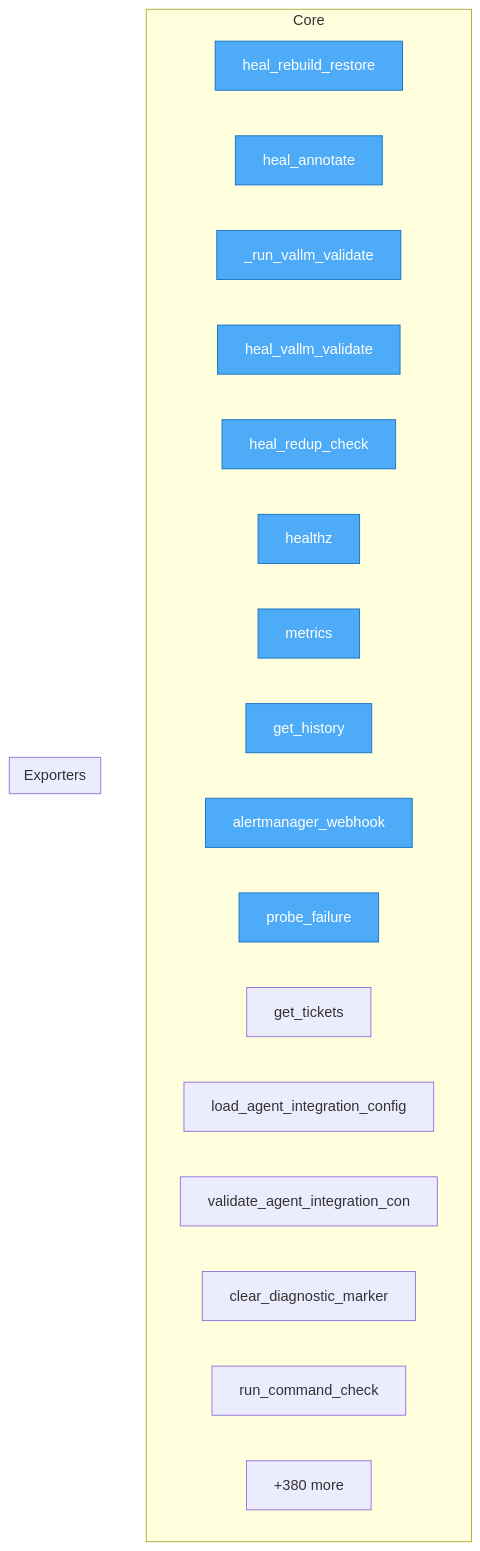
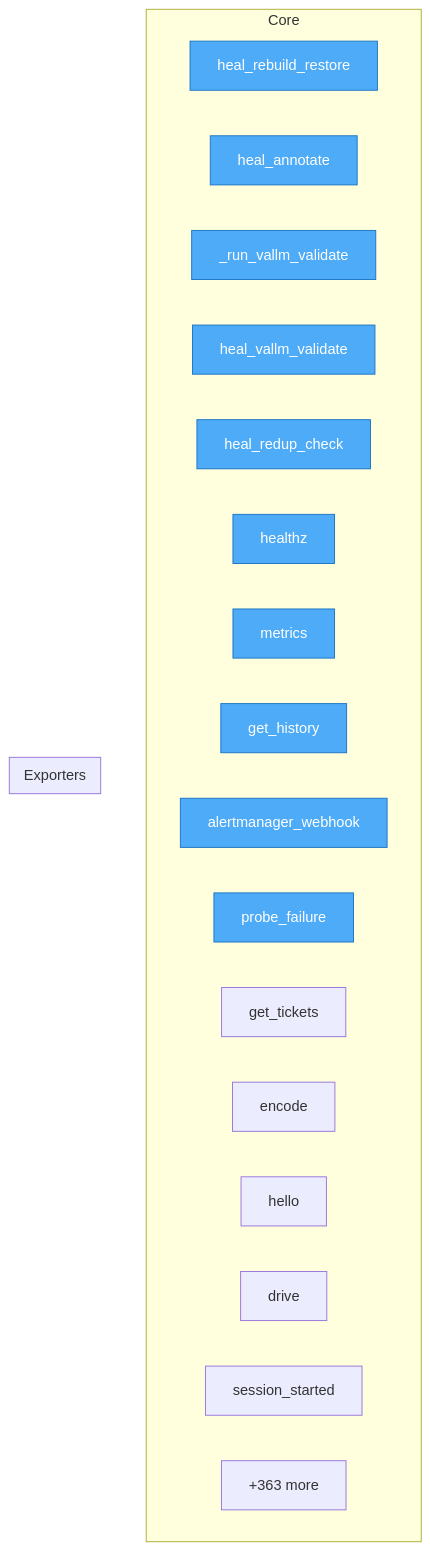
Before and after one commit to semcod/koru: the diagram in project/flow.mmd, drawn with Mermaid. The commit also changed 33 other files, not shown here.

```diff
--- a/project/flow.mmd
+++ b/project/flow.mmd
@@ -1,29 +1,29 @@
 flowchart TD
 %% generated in 0.02s
 
     %% Entry points (blue)
     classDef entry fill:#4dabf7,stroke:#1971c2,color:#fff
 
     subgraph Core
         services__healing_webhook__app__heal_rebuild_restore["heal_rebuild_restore"]
         services__healing_webhook__app__heal_annotate["heal_annotate"]
         services__healing_webhook__app___run_vallm_validate["_run_vallm_validate"]
         services__healing_webhook__app__heal_vallm_validate["heal_vallm_validate"]
         services__healing_webhook__app__heal_redup_check["heal_redup_check"]
         services__healing_webhook__app__healthz["healthz"]
         services__healing_webhook__app__metrics["metrics"]
         services__healing_webhook__app__get_history["get_history"]
         services__healing_webhook__app__alertmanager_webhook["alertmanager_webhook"]
         services__healing_webhook__app__probe_failure["probe_failure"]
         services__healing_webhook__app__get_tickets["get_tickets"]
-        src__koru__agent_backends__load_agent_integration_config["load_agent_integration_config"]
-        src__koru__agent_backends__validate_agent_integration_config["validate_agent_integration_con"]
-        src__koru__autonomous_diagnostics__clear_diagnostic_marker["clear_diagnostic_marker"]
-        src__koru__autonomous_diagnostics__run_command_check["run_command_check"]
-        ...["+380 more"]
+        src__koruide__protocol__Message__encode["encode"]
+        src__koruide__protocol__hello["hello"]
+        src__koruide__protocol__drive["drive"]
+        src__koruide__protocol__session_started["session_started"]
+        ...["+363 more"]
     end
 
     subgraph Exporters
     end
 
     class services__healing_webhook__app__heal_rebuild_restore,services__healing_webhook__app__heal_annotate,services__healing_webhook__app___run_vallm_validate,services__healing_webhook__app__heal_vallm_validate,services__healing_webhook__app__heal_redup_check,services__healing_webhook__app__healthz,services__healing_webhook__app__metrics,services__healing_webhook__app__get_history,services__healing_webhook__app__alertmanager_webhook,services__healing_webhook__app__probe_failure entry
```
